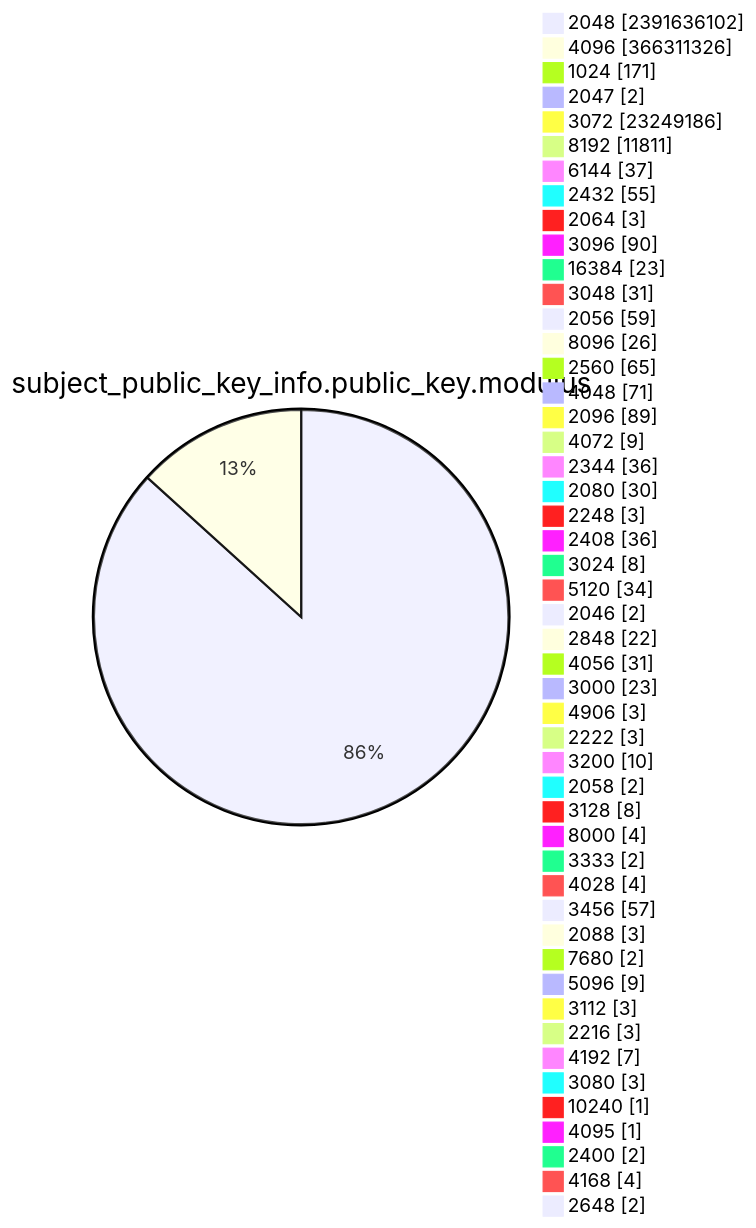
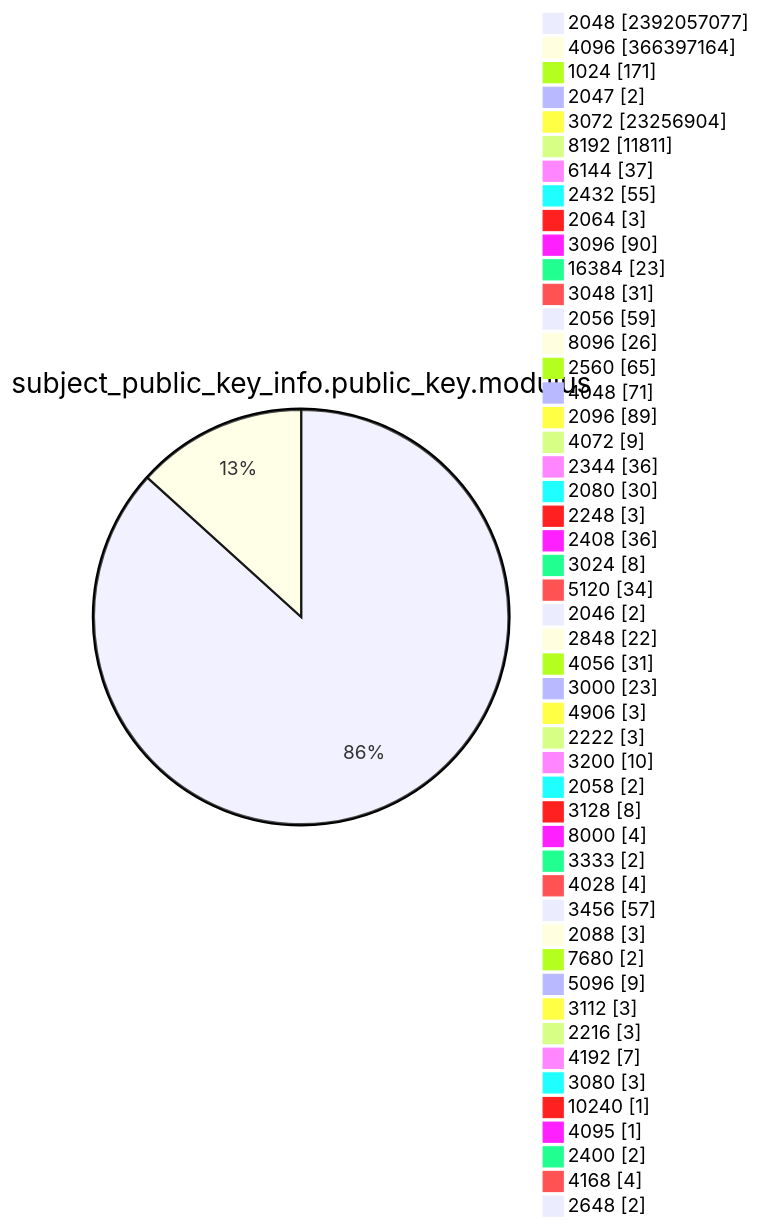
Before and after one commit to christiankrug/ctmonitor_visualization: diagram 13 of 15 in TOTAL/README.md, drawn with Mermaid. The commit also changed other lines of this file, not shown here.

````diff
--- a/TOTAL/README.md
+++ b/TOTAL/README.md
@@ -4167,53 +4167,53 @@
 ```mermaid
 pie showData
 title subject_public_key_info.public_key.modulus
-"2048" :2391636102
-"4096" :366311326
+"2048" :2392057077
+"4096" :366397164
 "1024" :171
 "2047" :2
-"3072" :23249186
+"3072" :23256904
 "8192" :11811
 "6144" :37
 "2432" :55
 "2064" :3
 "3096" :90
 "16384" :23
 "3048" :31
 "2056" :59
 "8096" :26
 "2560" :65
 "4048" :71
 "2096" :89
 "4072" :9
 "2344" :36
 "2080" :30
 "2248" :3
 "2408" :36
 "3024" :8
 "5120" :34
 "2046" :2
 "2848" :22
 "4056" :31
 "3000" :23
 "4906" :3
 "2222" :3
 "3200" :10
 "2058" :2
 "3128" :8
 "8000" :4
 "3333" :2
 "4028" :4
 "3456" :57
 "2088" :3
 "7680" :2
 "5096" :9
 "3112" :3
 "2216" :3
 "4192" :7
 "3080" :3
 "10240" :1
 "4095" :1
 "2400" :2
 "4168" :4
 "2648" :2
 ```
````
